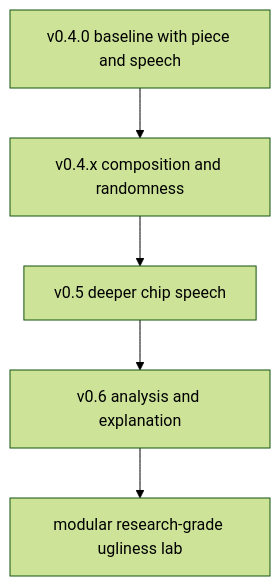
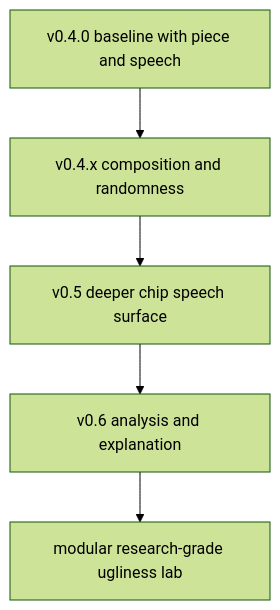
The diagram in docs/ROADMAP.md (TheColby/UglySoundGenerator), drawn with Mermaid (forest theme) before and after one commit. The commit also changed other lines of this file and 10 other files, not shown here.

````diff
--- a/docs/ROADMAP.md
+++ b/docs/ROADMAP.md
@@ -121,7 +129,7 @@
 ```mermaid
 flowchart TD
   A["v0.4.0 baseline with piece and speech"] --> B["v0.4.x composition and randomness"]
-  B --> C["v0.5 deeper chip speech"]
+  B --> C["v0.5 deeper chip speech surface"]
   C --> D["v0.6 analysis and explanation"]
   D --> E["modular research-grade ugliness lab"]
 ```
````
